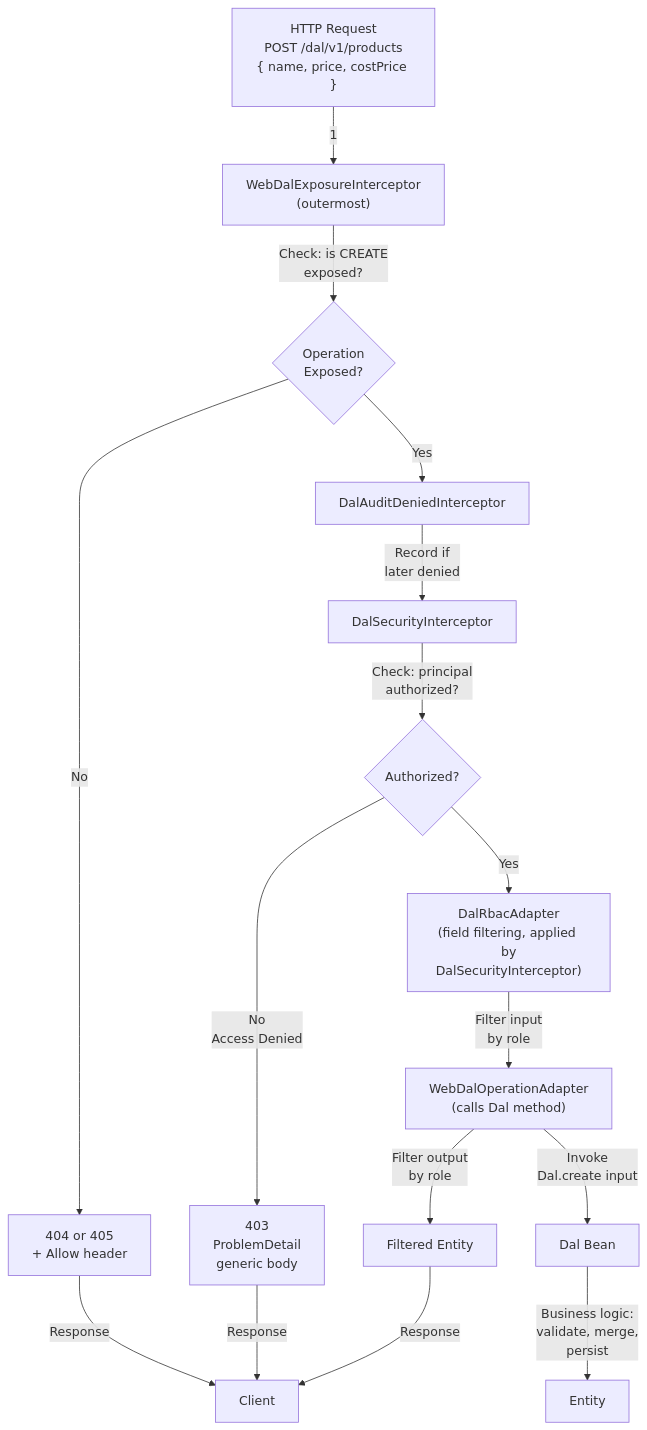
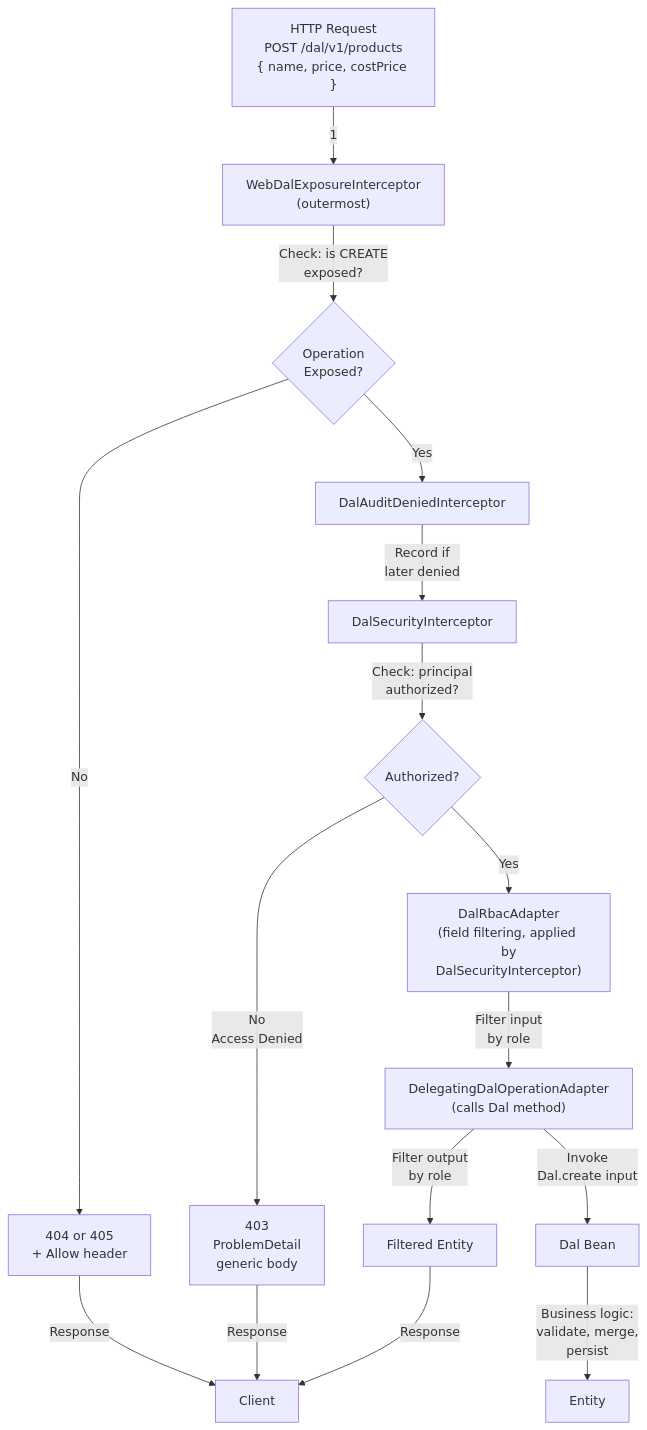
Before and after one commit to marcopag90/telaio: the fourth of 9 diagrams in docs/architecture.md, drawn with Mermaid. The commit also changed other lines of this file and 5 other files, not shown here.

First line of the commit message:
docs: document operation adapter assembly in core

````diff
--- a/docs/architecture.md
+++ b/docs/architecture.md
@@ -147,18 +148,18 @@
 ```mermaid
 graph TD
     A["HTTP Request<br/>POST /dal/v1/products<br/>{ name, price, costPrice }"] -->|1| B["WebDalExposureInterceptor<br/>(outermost)"]
     B -->|Check: is CREATE<br/>exposed?| C{Operation<br/>Exposed?}
     C -->|No| D["404 or 405<br/>+ Allow header"]
     C -->|Yes| E["DalAuditDeniedInterceptor"]
     D -->|Response| Z["Client"]
     E -->|Record if<br/>later denied| F["DalSecurityInterceptor"]
     F -->|Check: principal<br/>authorized?| G{Authorized?}
     G -->|No<br/>Access Denied| H["403<br/>ProblemDetail<br/>generic body"]
     H -->|Response| Z
     G -->|Yes| I["DalRbacAdapter<br/>(field filtering, applied by<br/>DalSecurityInterceptor)"]
-    I -->|Filter input<br/>by role| J["WebDalOperationAdapter<br/>(calls Dal method)"]
+    I -->|Filter input<br/>by role| J["DelegatingDalOperationAdapter<br/>(calls Dal method)"]
     J -->|Invoke<br/>Dal.create input| K["Dal Bean"]
     K -->|Business logic:<br/>validate, merge,<br/>persist| L["Entity"]
     J -->|Filter output<br/>by role| M["Filtered Entity"]
     M -->|Response| Z
 ```
````
